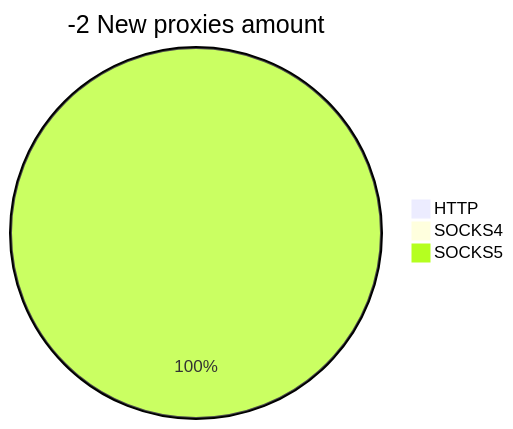
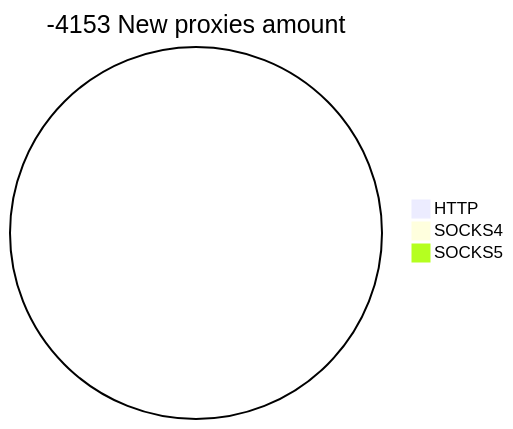
Before and after one commit to cutipu/proxylist: the second of 2 diagrams in README.md, drawn with Mermaid. The commit also changed other lines of this file, not shown here.

````diff
--- a/README.md
+++ b/README.md
@@ -10,6 +10,6 @@
 ```mermaid
-pie title -2 New proxies amount
+pie title -4153 New proxies amount
     "HTTP" : 0
     "SOCKS4" : 0
-    "SOCKS5" : 1
+    "SOCKS5" : 0
 ```
````
